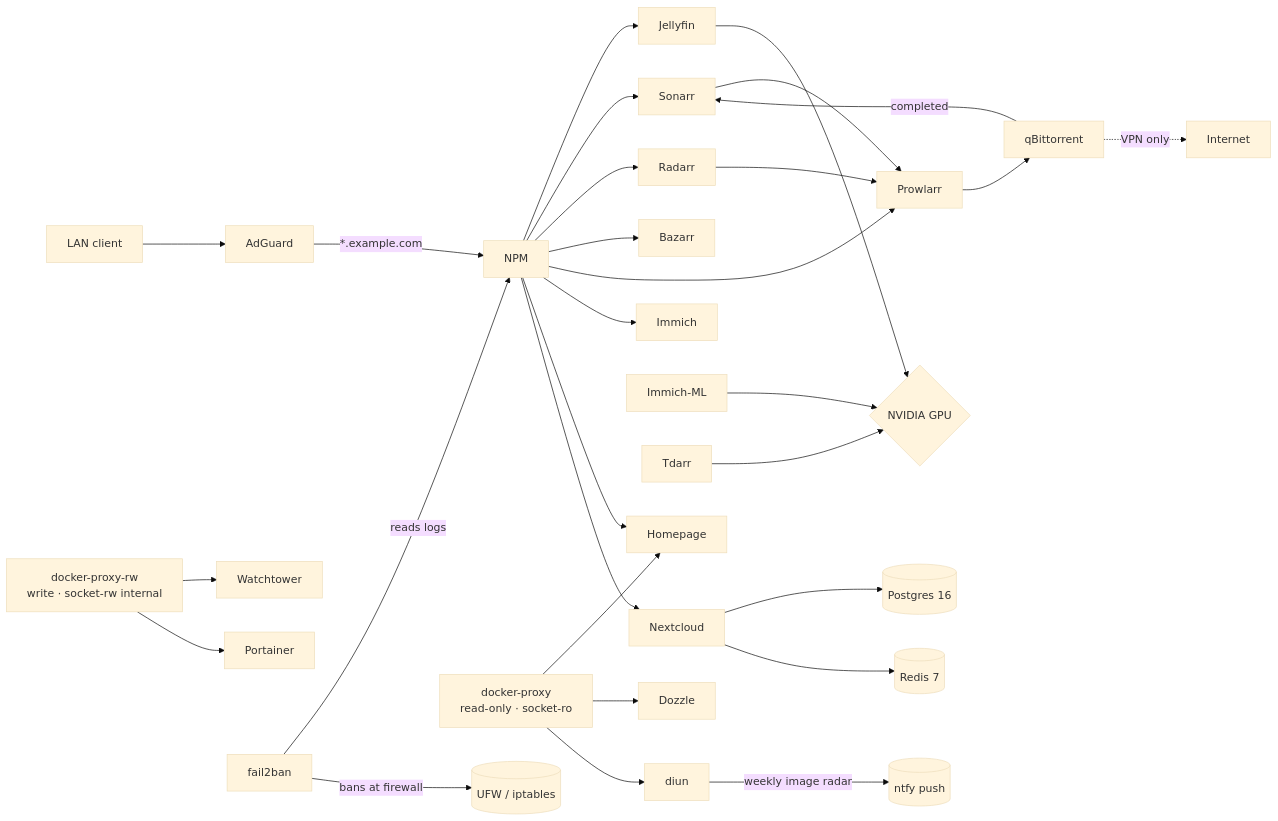
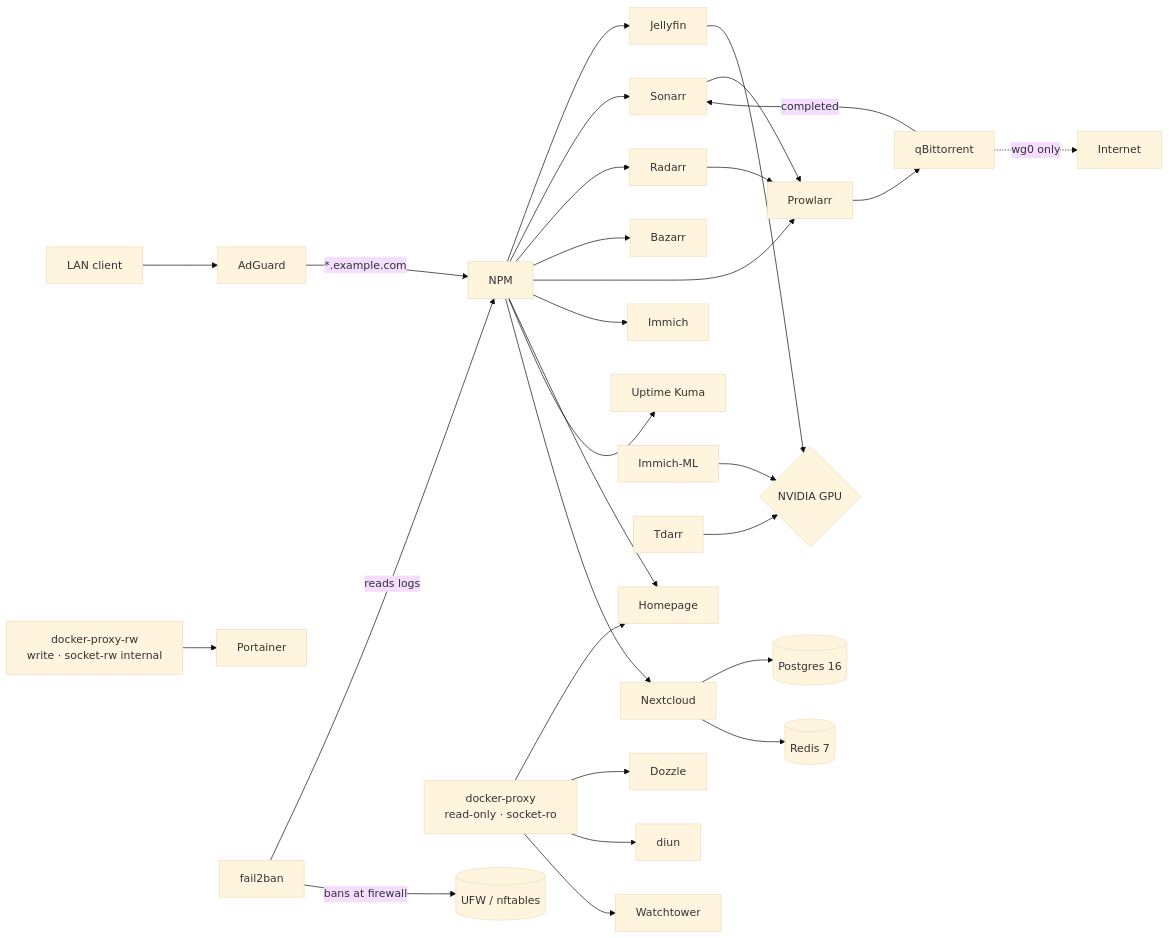
Before and after one commit to MrTorriz/homelab: the second of 3 diagrams in docs/architecture.md, drawn with Mermaid (base theme). The commit also changed other lines of this file and 50 other files, not shown here.

````diff
--- a/docs/architecture.md
+++ b/docs/architecture.md
@@ -51,27 +58,27 @@
 ```mermaid
 flowchart LR
     User[LAN client] --> AdGuard
     AdGuard -->|*.example.com| NPM
     NPM --> Jellyfin
     NPM --> Sonarr & Radarr & Bazarr & Prowlarr
     NPM --> Immich
     NPM --> Homepage
+    NPM --> Kuma[Uptime Kuma]
 
     Sonarr & Radarr --> Prowlarr --> qBittorrent
     qBittorrent -->|completed| Sonarr
-    qBittorrent -.->|VPN only| Internet
+    qBittorrent -.->|wg0 only| Internet
 
     Jellyfin --> NVENC{NVIDIA GPU}
     Immich-ML --> NVENC
     Tdarr --> NVENC
 
     NPM --> Nextcloud
     Nextcloud --> Postgres[(Postgres 16)]
     Nextcloud --> Redis[(Redis 7)]
 
-    ProxyRO[docker-proxy<br/>read-only · socket-ro] --> Homepage & Dozzle & diun
-    ProxyRW[docker-proxy-rw<br/>write · socket-rw internal] --> Watchtower & Portainer
-    diun -->|weekly image radar| ntfy[(ntfy push)]
+    ProxyRO[docker-proxy<br/>read-only · socket-ro] --> Homepage & Dozzle & diun & Watchtower
+    ProxyRW[docker-proxy-rw<br/>write · socket-rw internal] --> Portainer
     fail2ban -->|reads logs| NPM
-    fail2ban -->|bans at firewall| UFW[(UFW / iptables)]
+    fail2ban -->|bans at firewall| UFW[(UFW / nftables)]
 ```
````
